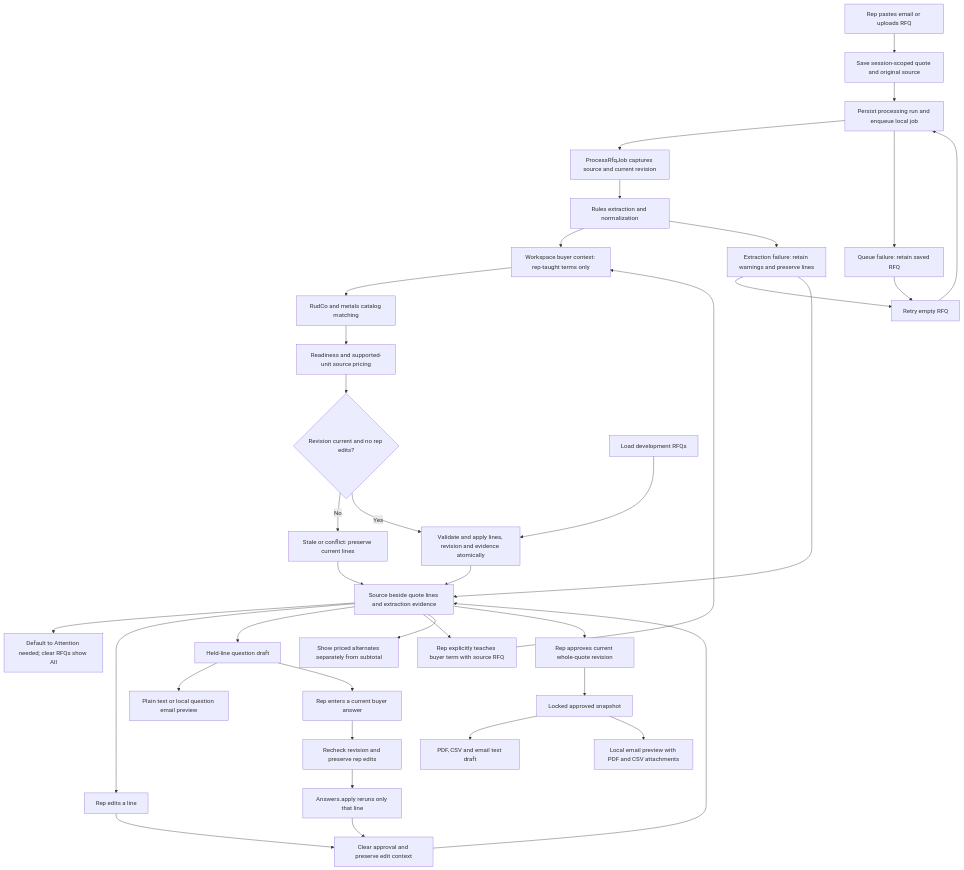
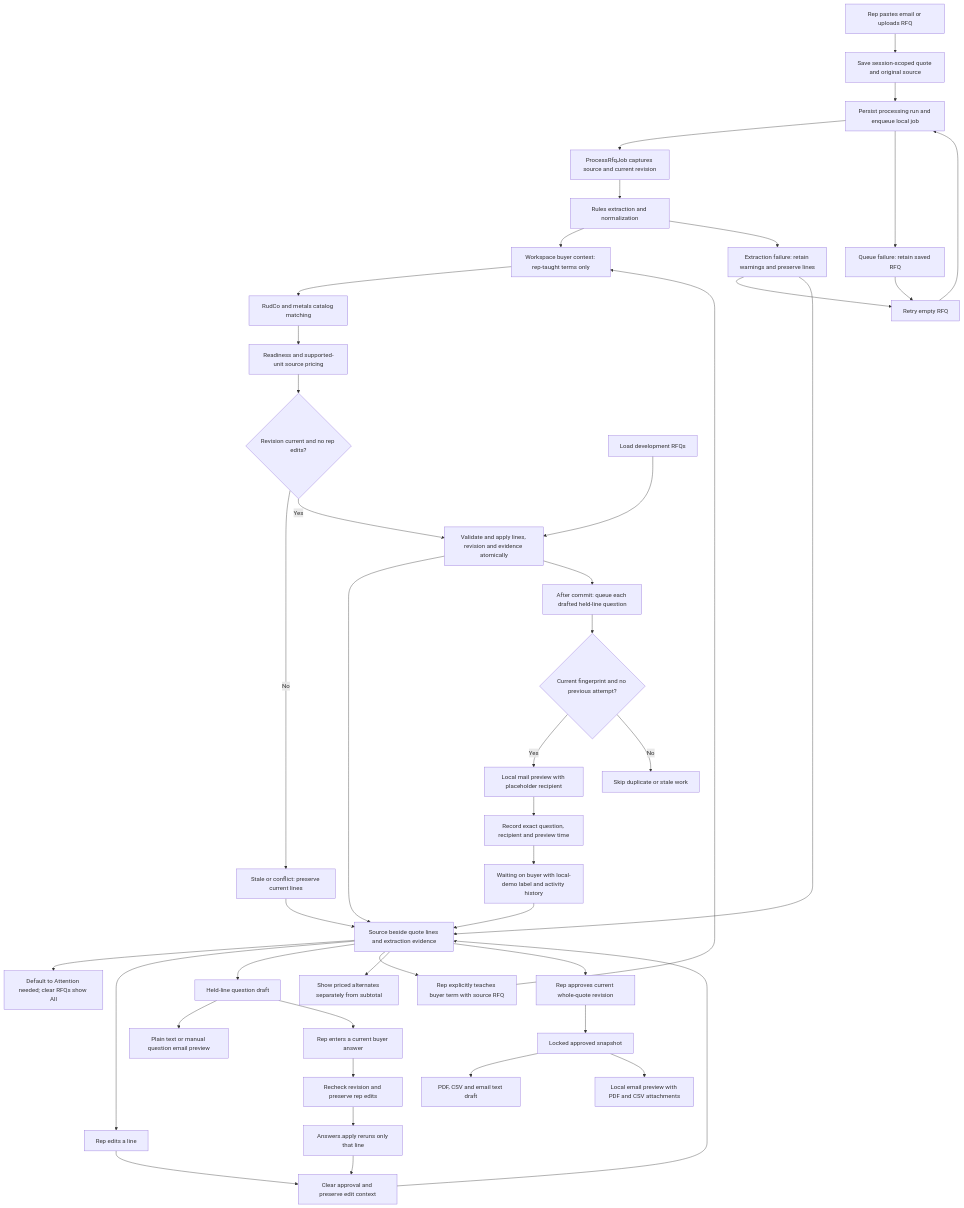
Before and after one commit to kenxle/columbia-startup-lab-get-hired-hack: the diagram in docs/diagrams/quote-workspace.md, drawn with Mermaid. The commit also changed other lines of this file and 25 other files, not shown here.

Commit message:
Track automatic local buyer questions and sourced option prices

````diff
--- a/docs/diagrams/quote-workspace.md
+++ b/docs/diagrams/quote-workspace.md
@@ -3,39 +3,46 @@
 ```mermaid
 graph TD
     A[Rep pastes email or uploads RFQ] --> B[Save session-scoped quote and original source]
     B --> C[Persist processing run and enqueue local job]
     C --> D[ProcessRfqJob captures source and current revision]
     D --> E[Rules extraction and normalization]
     E --> F[Workspace buyer context: rep-taught terms only]
     F --> G[RudCo and metals catalog matching]
     G --> H[Readiness and supported-unit source pricing]
     H --> I{Revision current and no rep edits?}
     I -- No --> J[Stale or conflict: preserve current lines]
     I -- Yes --> K[Validate and apply lines, revision and evidence atomically]
     E --> L[Extraction failure: retain warnings and preserve lines]
     C --> M[Queue failure: retain saved RFQ]
     L --> N[Retry empty RFQ]
     M --> N
     N --> C
     O[Load development RFQs] --> K
     K --> P[Source beside quote lines and extraction evidence]
     J --> P
     L --> P
     P --> Q[Default to Attention needed; clear RFQs show All]
     P --> R[Rep edits a line]
     R --> S[Clear approval and preserve edit context]
     S --> P
     P --> T[Held-line question draft]
-    T --> U[Plain text or local question email preview]
+    T --> U[Plain text or manual question email preview]
+    K --> AF[After commit: queue each drafted held-line question]
+    AF --> AG{Current fingerprint and no previous attempt?}
+    AG -- Yes --> AH[Local mail preview with placeholder recipient]
+    AH --> AI[Record exact question, recipient and preview time]
+    AI --> AJ[Waiting on buyer with local-demo label and activity history]
+    AJ --> P
+    AG -- No --> AK[Skip duplicate or stale work]
     T --> AA[Rep enters a current buyer answer]
     AA --> AB[Recheck revision and preserve rep edits]
     AB --> AC[Answers.apply reruns only that line]
     AC --> S
     P --> AD[Rep explicitly teaches buyer term with source RFQ]
     AD --> F
     P --> AE[Show priced alternates separately from subtotal]
     P --> V[Rep approves current whole-quote revision]
     V --> W[Locked approved snapshot]
     W --> X[PDF, CSV and email text draft]
     W --> Y[Local email preview with PDF and CSV attachments]
 ```
````
